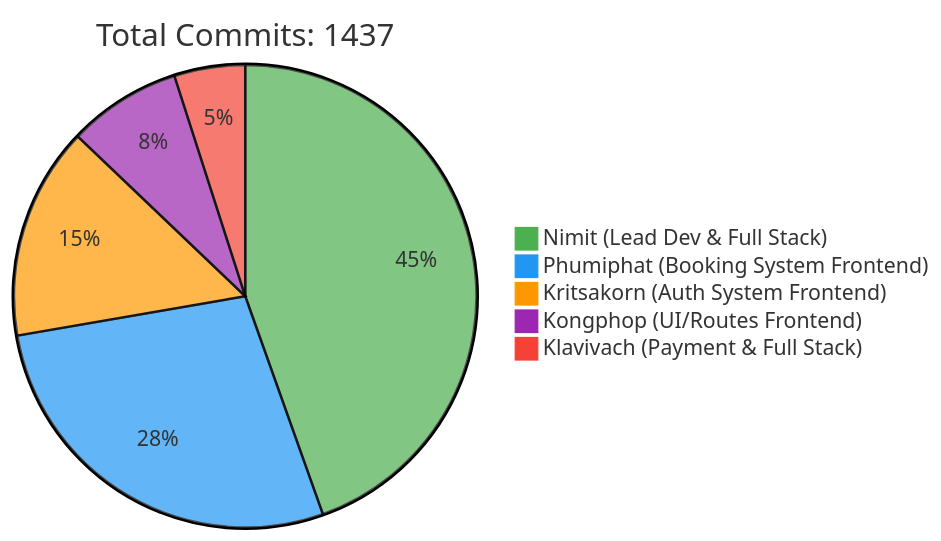
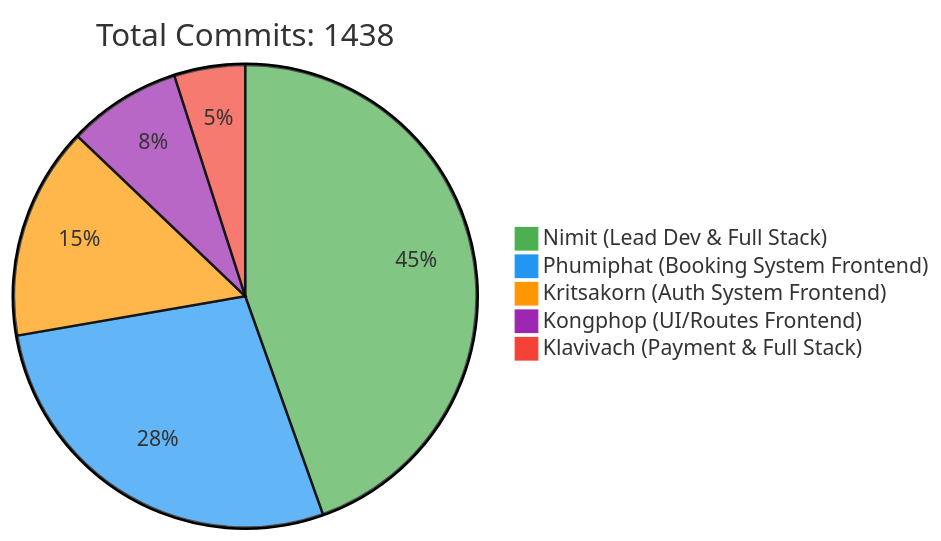
Before and after one commit to 6531503042/Sport-Complex: the first of 2 diagrams in README.md, drawn with Mermaid. The commit also changed other lines of this file, not shown here.

Commit message:
docs: Update contributor statistics [skip ci]

````diff
--- a/README.md
+++ b/README.md
@@ -257,10 +257,10 @@
 ```mermaid
 %%{init: {'theme': 'base', 'themeVariables': { 'pie1': '#4CAF50', 'pie2': '#2196F3', 'pie3': '#FF9800', 'pie4': '#9C27B0', 'pie5': '#F44336'}}}%%
 pie
-    title Total Commits: 1437
+    title Total Commits: 1438
     "Nimit (Lead Dev & Full Stack)" : 450
     "Phumiphat (Booking System Frontend)" : 280
     "Kritsakorn (Auth System Frontend)" : 150
     "Kongphop (UI/Routes Frontend)" : 80
     "Klavivach (Payment & Full Stack)" : 50
 ```
````
